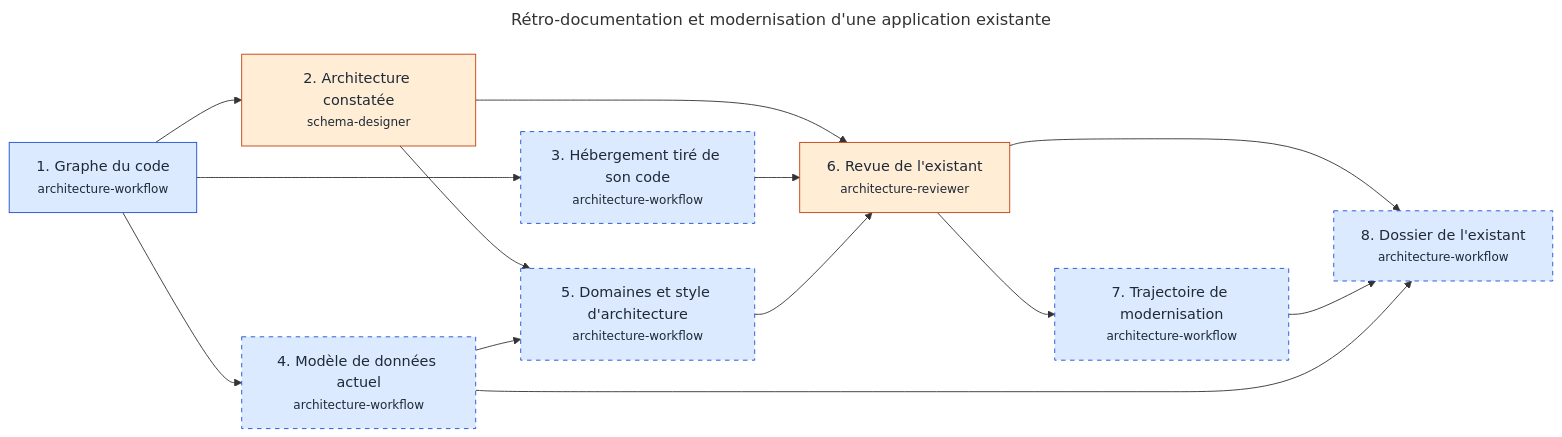
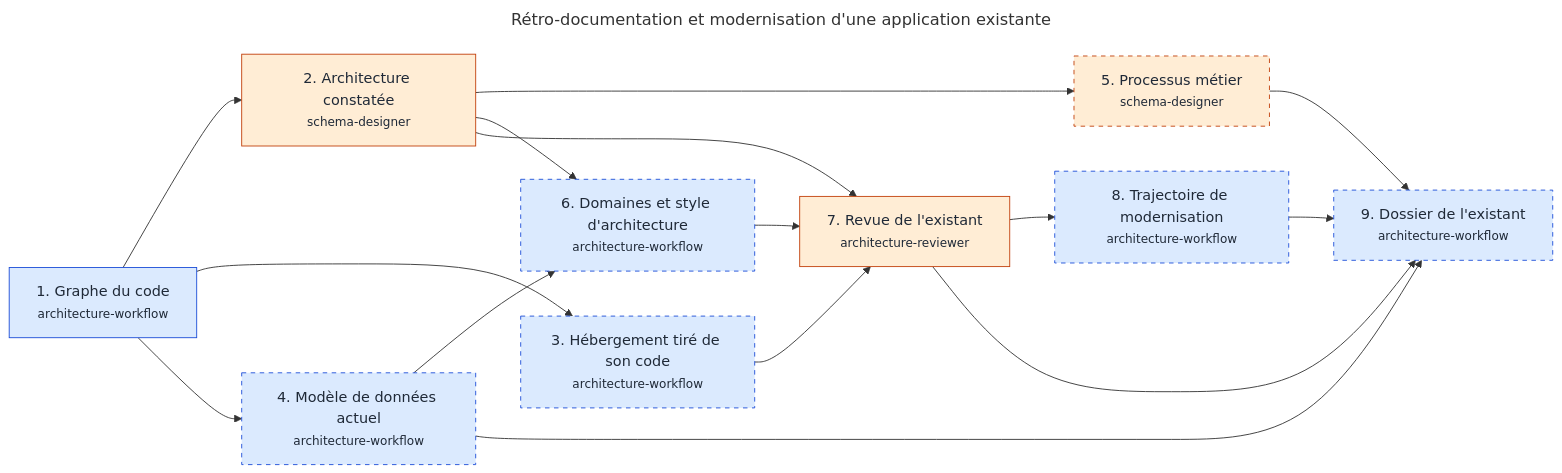
One commit to RenaudVanhille/myskills changed the diagram in docs/workflows/retro-documentation.md. Above: the diagram before and after it, drawn with Mermaid. The commit also changed other lines of this file and 19 other files, not shown here.

First line of the commit message:
feat(decision-log): dossier d'exploitation et processus métier branchés dans quatre workflows (#99)

````diff
--- a/docs/workflows/retro-documentation.md
+++ b/docs/workflows/retro-documentation.md
@@ -18,32 +18,35 @@
 ```mermaid
 ---
 title: "Rétro-documentation et modernisation d'une application existante"
 ---
 flowchart LR
   s_code["1. Graphe du code<br/><small>architecture-workflow</small>"]
   s_constat["2. Architecture constatée<br/><small>schema-designer</small>"]
   s_infrastructure["3. Hébergement tiré de son code<br/><small>architecture-workflow</small>"]
   s_donnees["4. Modèle de données actuel<br/><small>architecture-workflow</small>"]
-  s_domaines["5. Domaines et style d'architecture<br/><small>architecture-workflow</small>"]
-  s_revue["6. Revue de l'existant<br/><small>architecture-reviewer</small>"]
-  s_trajectoire["7. Trajectoire de modernisation<br/><small>architecture-workflow</small>"]
-  s_dossier["8. Dossier de l'existant<br/><small>architecture-workflow</small>"]
+  s_processus["5. Processus métier<br/><small>schema-designer</small>"]
+  s_domaines["6. Domaines et style d'architecture<br/><small>architecture-workflow</small>"]
+  s_revue["7. Revue de l'existant<br/><small>architecture-reviewer</small>"]
+  s_trajectoire["8. Trajectoire de modernisation<br/><small>architecture-workflow</small>"]
+  s_dossier["9. Dossier de l'existant<br/><small>architecture-workflow</small>"]
   s_code --> s_constat
   s_code --> s_infrastructure
   s_code --> s_donnees
+  s_constat --> s_processus
   s_constat --> s_domaines
   s_donnees --> s_domaines
   s_constat --> s_revue
   s_infrastructure --> s_revue
   s_domaines --> s_revue
   s_revue --> s_trajectoire
   s_revue --> s_dossier
   s_trajectoire --> s_dossier
   s_donnees --> s_dossier
+  s_processus --> s_dossier
   classDef moteur fill:#dbeafe,stroke:#1d4ed8,color:#1f2937
   classDef agent fill:#ffedd5,stroke:#c2410c,color:#1f2937
   classDef facultative stroke-dasharray:5 5
   class s_code,s_infrastructure,s_donnees,s_domaines,s_trajectoire,s_dossier moteur
-  class s_constat,s_revue agent
-  class s_infrastructure,s_donnees,s_domaines,s_trajectoire,s_dossier facultative
+  class s_constat,s_processus,s_revue agent
+  class s_infrastructure,s_donnees,s_processus,s_domaines,s_trajectoire,s_dossier facultative
 ```
````
